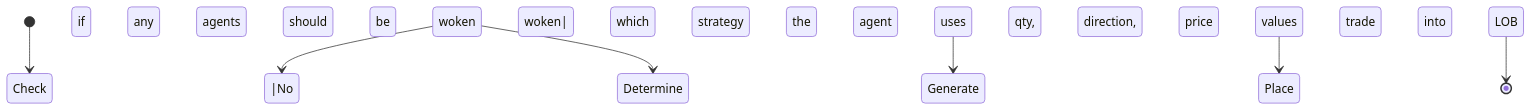
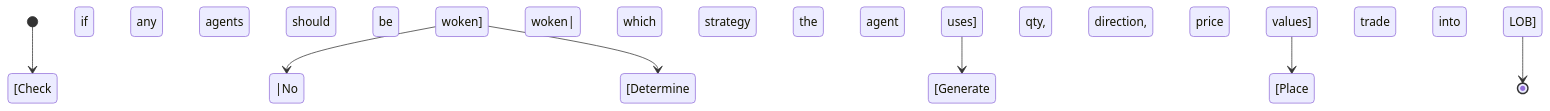
The second of 2 diagrams in README.md (patrick-liston/Market_Simulator_dev), drawn with Mermaid before and after one commit.

````diff
--- a/README.md
+++ b/README.md
@@ -69,14 +69,14 @@
 ```mermaid
 stateDiagram
-    [*] --> Check if any agents should be woken
-    Check if any agents should be woken --> |No agents woken| [*]
+    [*] --> [Check if any agents should be woken]
+    [Check if any agents should be woken] --> |No agents woken| [*]
     
-    Check if any agents should be woken --> Determine which strategy the agent uses
+    [Check if any agents should be woken] --> [Determine which strategy the agent uses]
 
-    Determine which strategy the agent uses --> Generate qty, direction, price  values
+    [Determine which strategy the agent uses] --> [Generate qty, direction, price  values]
 
-    Generate qty, direction, price  values --> Place trade into LOB
+    [Generate qty, direction, price  values] --> [Place trade into LOB]
 
-    Place trade into LOB-->[*]
+    [Place trade into LOB]-->[*]
  
 ```
````
